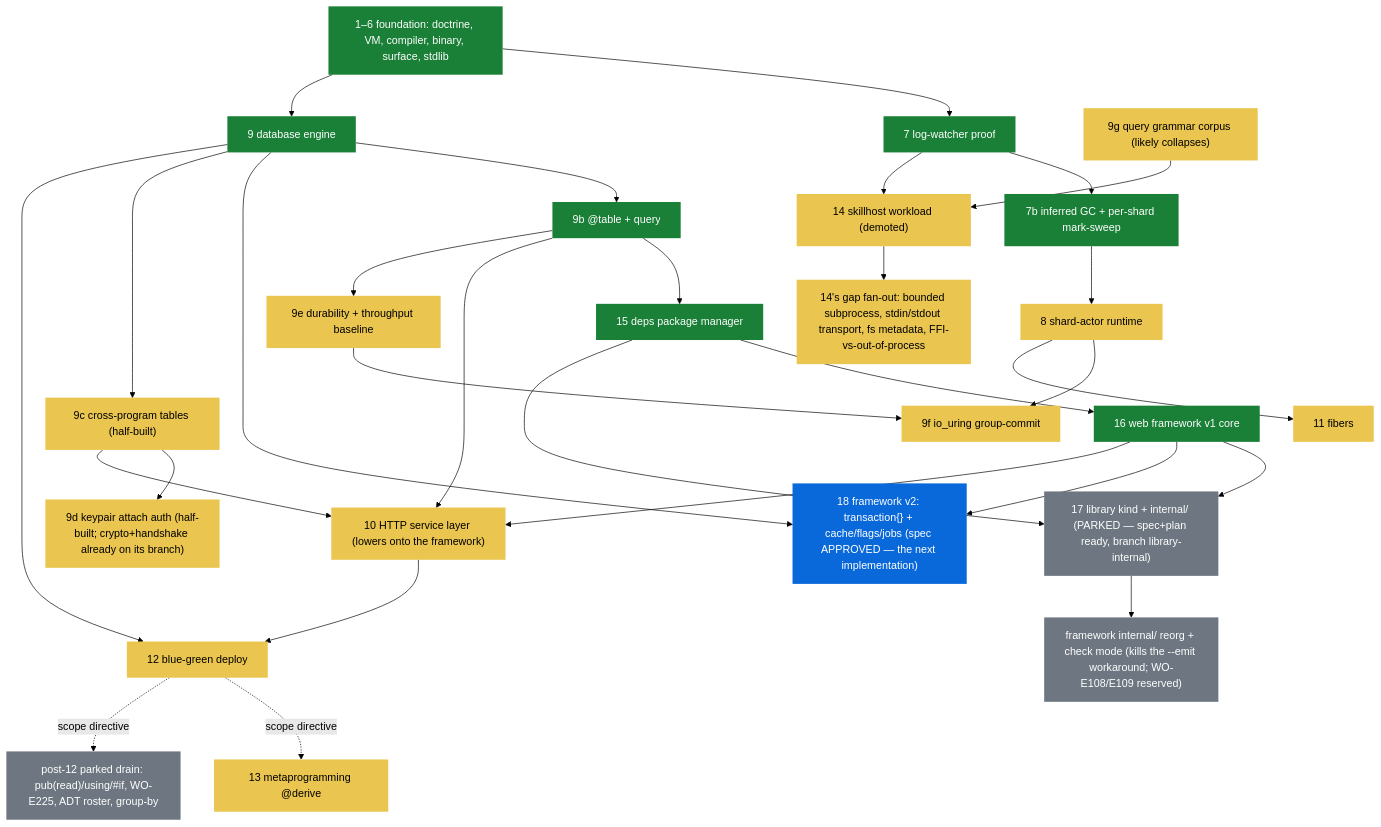
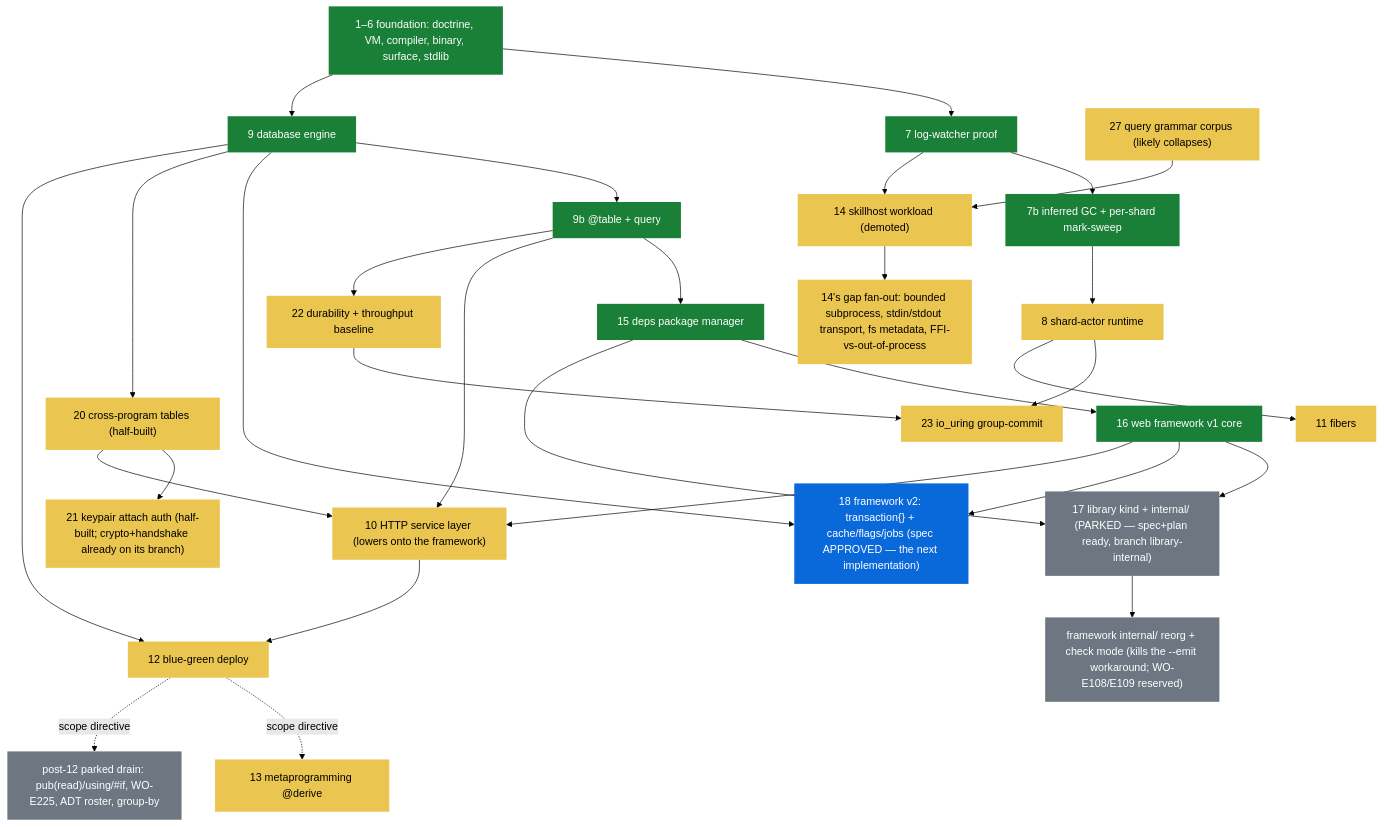
One commit to shoneyJ/writeonce changed the first of 4 diagrams in docs/00-dependency-graph.md. Above: the diagram before and after it, drawn with Mermaid (forest theme). The commit also changed other lines of this file and 30 other files, not shown here.

````diff
--- a/docs/00-dependency-graph.md
+++ b/docs/00-dependency-graph.md
@@ -14,62 +14,62 @@
 ```mermaid
 flowchart TD
     classDef done fill:#1a7f37,color:#fff,stroke:none
     classDef parked fill:#6e7781,color:#fff,stroke:none
     classDef specd fill:#0969da,color:#fff,stroke:none
     classDef open fill:#eac54f,color:#000,stroke:none
 
     FOUND["1–6 foundation: doctrine, VM, compiler, binary, surface, stdlib"]:::done
     I7["7 log-watcher proof"]:::done
     I7b["7b inferred GC + per-shard mark-sweep"]:::done
     I9["9 database engine"]:::done
     I9b["9b @table + query"]:::done
     I15["15 deps package manager"]:::done
     I16["16 web framework v1 core"]:::done
 
     I17["17 library kind + internal/ (PARKED — spec+plan ready, branch library-internal)"]:::parked
     FWREORG["framework internal/ reorg + check mode (kills the --emit workaround; WO-E108/E109 reserved)"]:::parked
     I18["18 framework v2: transaction{} + cache/flags/jobs (spec APPROVED — the next implementation)"]:::specd
 
-    I9c["9c cross-program tables (half-built)"]:::open
-    I9d["9d keypair attach auth (half-built; crypto+handshake already on its branch)"]:::open
-    I9e["9e durability + throughput baseline"]:::open
+    I9c["20 cross-program tables (half-built)"]:::open
+    I9d["21 keypair attach auth (half-built; crypto+handshake already on its branch)"]:::open
+    I9e["22 durability + throughput baseline"]:::open
     I8["8 shard-actor runtime"]:::open
-    I9f["9f io_uring group-commit"]:::open
+    I9f["23 io_uring group-commit"]:::open
     I10["10 HTTP service layer (lowers onto the framework)"]:::open
     I11["11 fibers"]:::open
     I12["12 blue-green deploy"]:::open
     I13["13 metaprogramming @derive"]:::open
     I14["14 skillhost workload (demoted)"]:::open
-    I9g["9g query grammar corpus (likely collapses)"]:::open
+    I9g["27 query grammar corpus (likely collapses)"]:::open
     GAPS["14's gap fan-out: bounded subprocess, stdin/stdout transport, fs metadata, FFI-vs-out-of-process"]:::open
     DRAIN["post-12 parked drain: pub(read)/using/#if, WO-E225, ADT roster, group-by"]:::parked
 
     FOUND --> I7
     FOUND --> I9
     I7 --> I7b
     I9 --> I9b
     I9b --> I15
     I15 --> I16
     I15 --> I17
     I16 --> I17
     I17 --> FWREORG
     I9 --> I18
     I16 --> I18
     I9 --> I9c
     I9c --> I9d
     I9c --> I10
     I9b --> I10
     I16 --> I10
     I9b --> I9e
     I7b --> I8
     I9e --> I9f
     I8 --> I9f
     I8 --> I11
     I9 --> I12
     I10 --> I12
     I9g --> I14
     I7 --> I14
     I14 --> GAPS
     I12 -.scope directive.-> I13
     I12 -.scope directive.-> DRAIN
 ```
````
